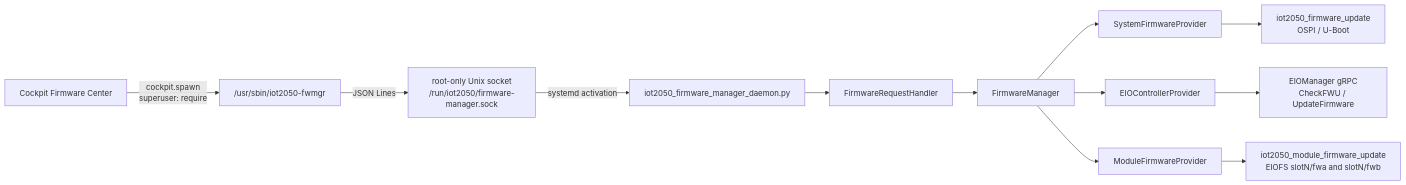
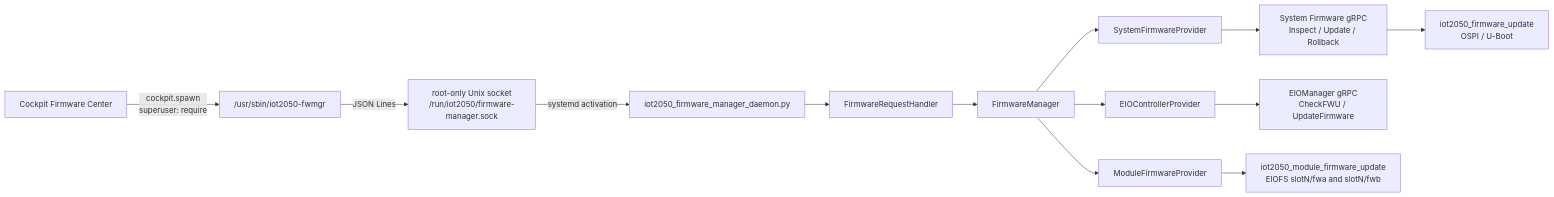
The diagram in doc/firmware-center.md (huaqianli/meta-iot2050), drawn with Mermaid before and after one commit. The commit also changed other lines of this file and 1 other file, not shown here.

First line of the commit message:
doc: Document System Firmware gRPC service

````diff
--- a/doc/firmware-center.md
+++ b/doc/firmware-center.md
@@ -25,27 +26,29 @@
 ```mermaid
 flowchart LR
     UI[Cockpit Firmware Center]
     CLI["/usr/sbin/iot2050-fwmgr"]
     Socket["root-only Unix socket<br/>/run/iot2050/firmware-manager.sock"]
     Daemon[iot2050_firmware_manager_daemon.py]
     Handler[FirmwareRequestHandler]
     Manager[FirmwareManager]
     System[SystemFirmwareProvider]
+    SystemRPC[System Firmware gRPC<br/>Inspect / Update / Rollback]
     Controller[EIOControllerProvider]
     Module[ModuleFirmwareProvider]
     SystemBackend[iot2050_firmware_update<br/>OSPI / U-Boot]
     ControllerRPC[EIOManager gRPC<br/>CheckFWU / UpdateFirmware]
     ModuleBackend[iot2050_module_firmware_update<br/>EIOFS slotN/fwa and slotN/fwb]
 
     UI -->|cockpit.spawn<br/>superuser: require| CLI
     CLI -->|JSON Lines| Socket
     Socket -->|systemd activation| Daemon
     Daemon --> Handler
     Handler --> Manager
     Manager --> System
     Manager --> Controller
     Manager --> Module
-    System --> SystemBackend
+    System --> SystemRPC
+    SystemRPC --> SystemBackend
     Controller --> ControllerRPC
     Module --> ModuleBackend
 ```
````
